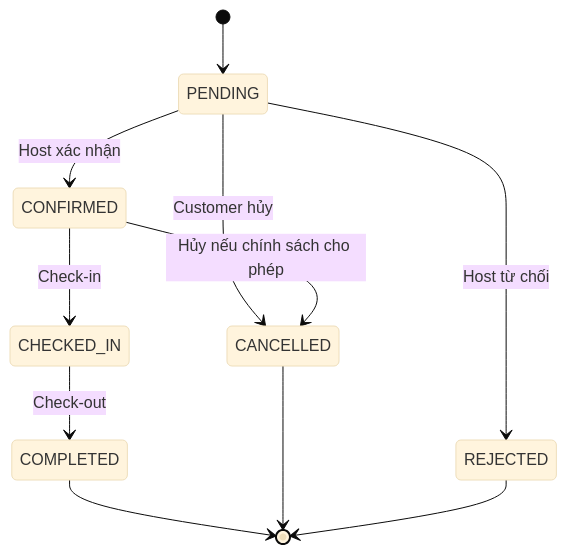
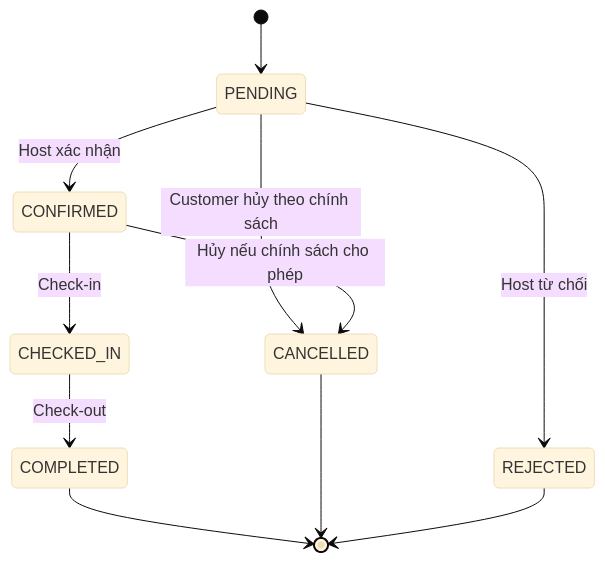
One commit to HuynhDoHoangNguyen/laravel-react-stayhub changed the third of 4 diagrams in ARCHITECTURE.md. Above: the diagram before and after it, drawn with Mermaid (base theme). The commit also changed other lines of this file and 188 other files, not shown here.

First line of the commit message:
refactor: standardize layered architecture and integrate host catalog

````diff
--- a/ARCHITECTURE.md
+++ b/ARCHITECTURE.md
@@ -623,13 +443,13 @@
-```mermaid
+~~~mermaid
 stateDiagram-v2
     [*] --> PENDING
     PENDING --> CONFIRMED: Host xác nhận
     PENDING --> REJECTED: Host từ chối
-    PENDING --> CANCELLED: Customer hủy
+    PENDING --> CANCELLED: Customer hủy theo chính sách
     CONFIRMED --> CHECKED_IN: Check-in
     CONFIRMED --> CANCELLED: Hủy nếu chính sách cho phép
     CHECKED_IN --> COMPLETED: Check-out
     COMPLETED --> [*]
     CANCELLED --> [*]
     REJECTED --> [*]
-```
+~~~
````
